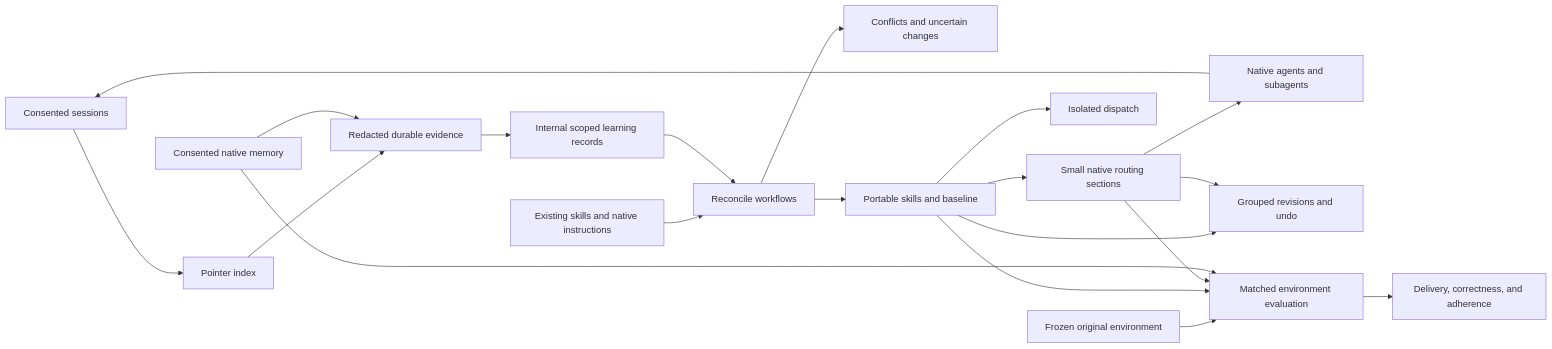
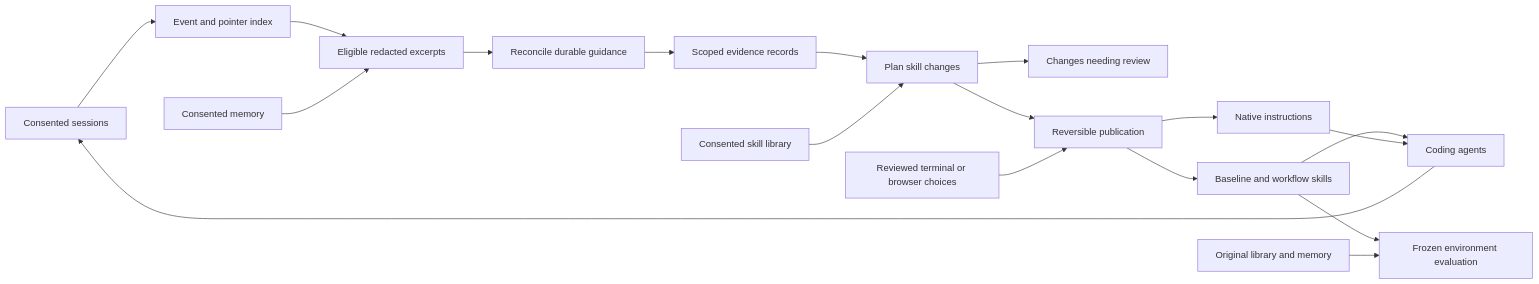
Before and after one commit to theonly1me/shadowclone: the diagram in docs/architecture/README.md, drawn with Mermaid. The commit also changed other lines of this file and 923 other files, not shown here.

````diff
--- a/docs/architecture/README.md
+++ b/docs/architecture/README.md
@@ -25,22 +7,20 @@
 ```mermaid
 flowchart LR
-    Sources[Consented sessions] --> Index[Pointer index]
-    Index --> Evidence[Redacted durable evidence]
-    Memory[Consented native memory] --> Evidence
-    Evidence --> Records[Internal scoped learning records]
-    Library[Existing skills and native instructions] --> Planner[Reconcile workflows]
-    Records --> Planner
-    Planner --> Pending[Conflicts and uncertain changes]
-    Planner --> Skills[Portable skills and baseline]
-    Skills --> Routing[Small native routing sections]
-    Routing --> Agents[Native agents and subagents]
-    Skills --> Dispatch[Isolated dispatch]
-    Skills --> History[Grouped revisions and undo]
-    Routing --> History
-    Agents --> Sources
-    Original[Frozen original environment] --> Eval[Matched environment evaluation]
-    Skills --> Eval
-    Routing --> Eval
-    Memory --> Eval
-    Eval --> Results[Delivery, correctness, and adherence]
+    Sessions[Consented sessions] --> Index[Event and pointer index]
+    Index --> Redaction[Eligible redacted excerpts]
+    Memory[Consented memory] --> Redaction
+    Redaction --> Learning[Reconcile durable guidance]
+    Learning --> Records[Scoped evidence records]
+    Records --> Planner[Plan skill changes]
+    Library[Consented skill library] --> Planner
+    Planner --> Pending[Changes needing review]
+    Planner --> Publish[Reversible publication]
+    Build[Reviewed terminal or browser choices] --> Publish
+    Publish --> Skills[Baseline and workflow skills]
+    Publish --> Routing[Native instructions]
+    Skills --> Agents[Coding agents]
+    Routing --> Agents
+    Agents --> Sessions
+    Skills --> Eval[Frozen environment evaluation]
+    Original[Original library and memory] --> Eval
 ```
````
